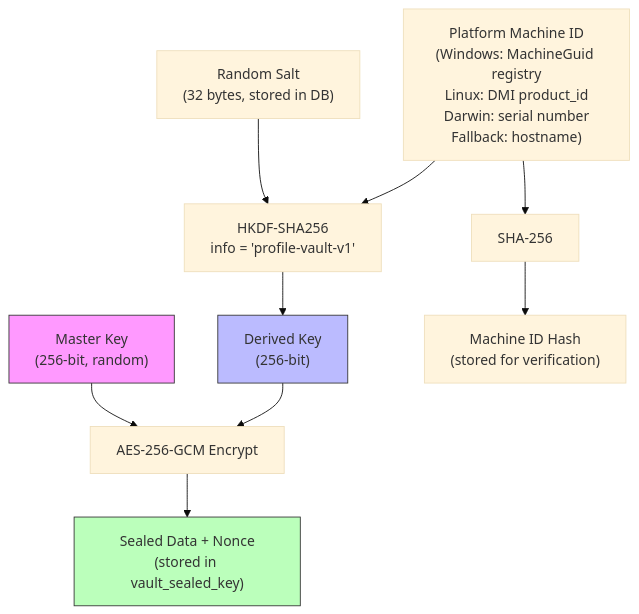
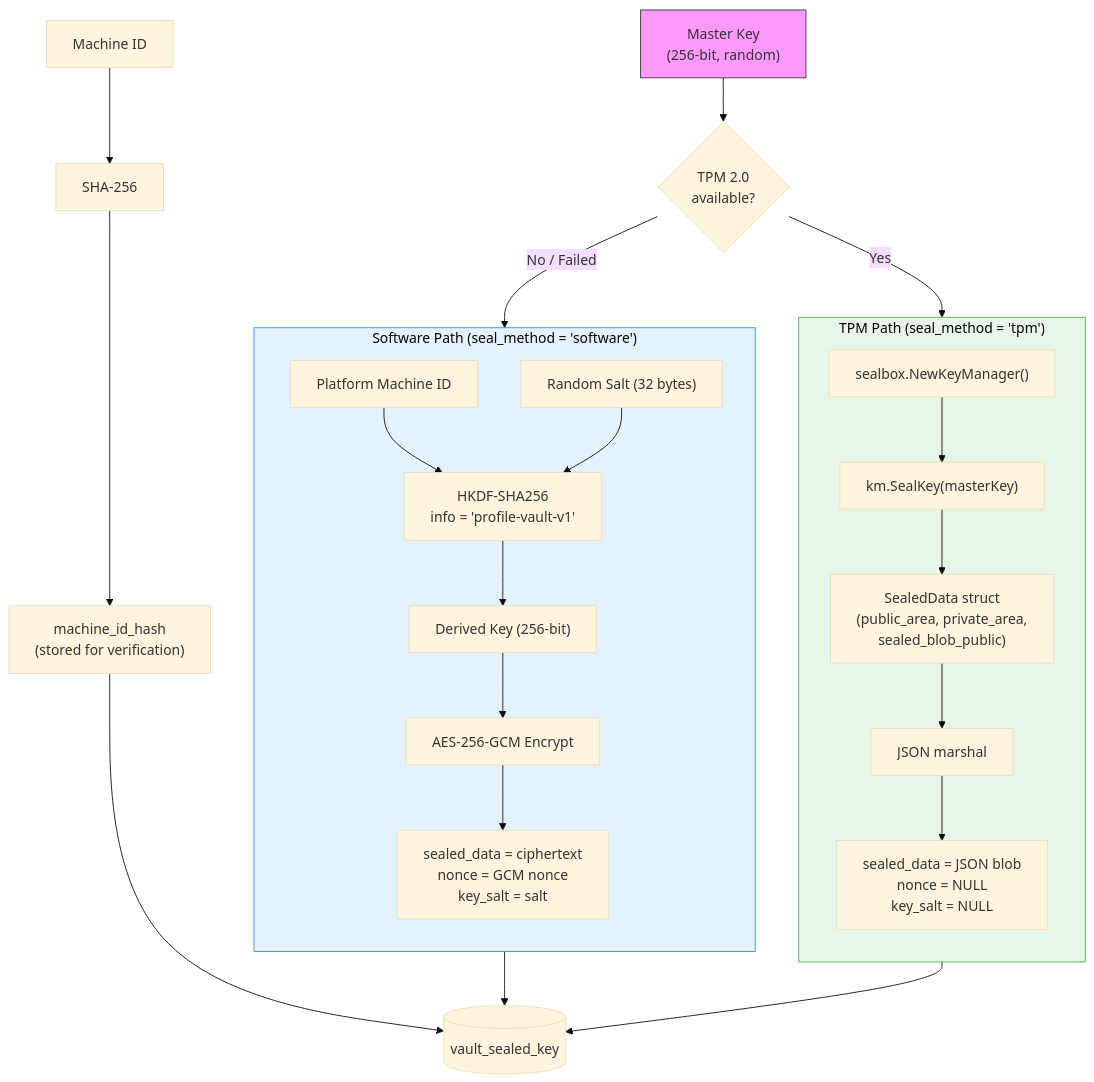
Before and after one commit to inovacc/anvil: the ninth of 14 diagrams in docs/ARCHITECTURE.md, drawn with Mermaid (base theme). The commit also changed other lines of this file, not shown here.

First line of the commit message:
docs: update ARCHITECTURE.md with TPM sealing diagrams

````diff
--- a/docs/ARCHITECTURE.md
+++ b/docs/ARCHITECTURE.md
@@ -270,22 +335,40 @@
 ```mermaid
 graph TD
-    MID["Platform Machine ID<br/>(Windows: MachineGuid registry<br/>Linux: DMI product_id<br/>Darwin: serial number<br/>Fallback: hostname)"]
-    Salt["Random Salt<br/>(32 bytes, stored in DB)"]
-
-    MID --> HKDF["HKDF-SHA256<br/>info = 'profile-vault-v1'"]
-    Salt --> HKDF
-    HKDF --> DK["Derived Key<br/>(256-bit)"]
-
     MK["Master Key<br/>(256-bit, random)"]
 
-    DK --> GCM["AES-256-GCM Encrypt"]
-    MK --> GCM
-    GCM --> Sealed["Sealed Data + Nonce<br/>(stored in vault_sealed_key)"]
+    MK --> Decision{"TPM 2.0<br/>available?"}
 
-    MID --> SHA["SHA-256"]
-    SHA --> Hash["Machine ID Hash<br/>(stored for verification)"]
+    Decision -->|Yes| TPMPath
+    Decision -->|No / Failed| SWPath
+
+    subgraph TPMPath["TPM Path (seal_method = 'tpm')"]
+        direction TB
+        KM["sealbox.NewKeyManager()"]
+        KM --> Seal["km.SealKey(masterKey)"]
+        Seal --> SD["SealedData struct<br/>(public_area, private_area,<br/>sealed_blob_public)"]
+        SD --> JSON["JSON marshal"]
+        JSON --> Store1["sealed_data = JSON blob<br/>nonce = NULL<br/>key_salt = NULL"]
+    end
+
+    subgraph SWPath["Software Path (seal_method = 'software')"]
+        direction TB
+        MID["Platform Machine ID"]
+        Salt["Random Salt (32 bytes)"]
+        MID --> HKDF["HKDF-SHA256<br/>info = 'profile-vault-v1'"]
+        Salt --> HKDF
+        HKDF --> DK["Derived Key (256-bit)"]
+        DK --> GCM["AES-256-GCM Encrypt"]
+        GCM --> Store2["sealed_data = ciphertext<br/>nonce = GCM nonce<br/>key_salt = salt"]
+    end
+
+    MID2["Machine ID"] --> SHA["SHA-256"]
+    SHA --> Hash["machine_id_hash<br/>(stored for verification)"]
+
+    Store1 --> DB[(vault_sealed_key)]
+    Store2 --> DB
+    Hash --> DB
 
     style MK fill:#f9f,stroke:#333
-    style DK fill:#bbf,stroke:#333
-    style Sealed fill:#bfb,stroke:#333
+    style TPMPath fill:#e8f5e9,stroke:#4caf50
+    style SWPath fill:#e3f2fd,stroke:#2196f3
 ```
````
